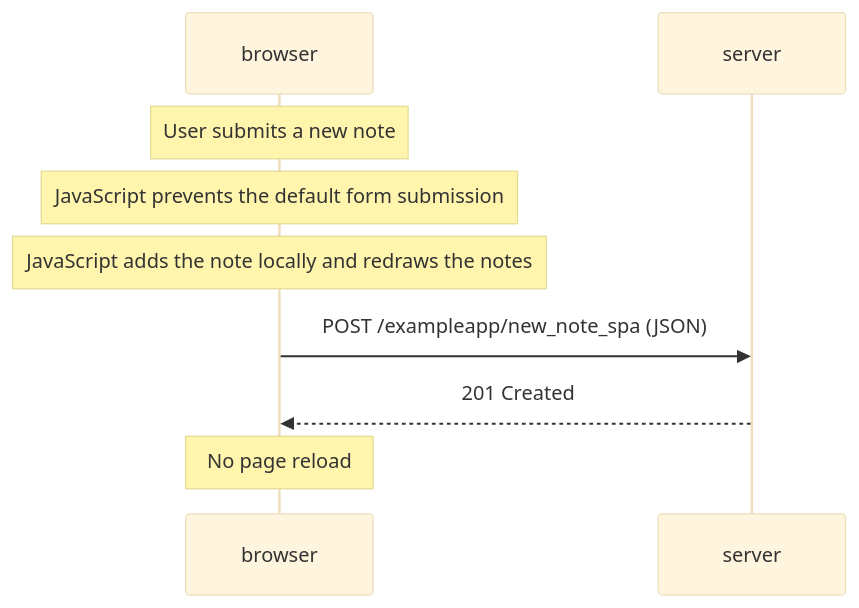
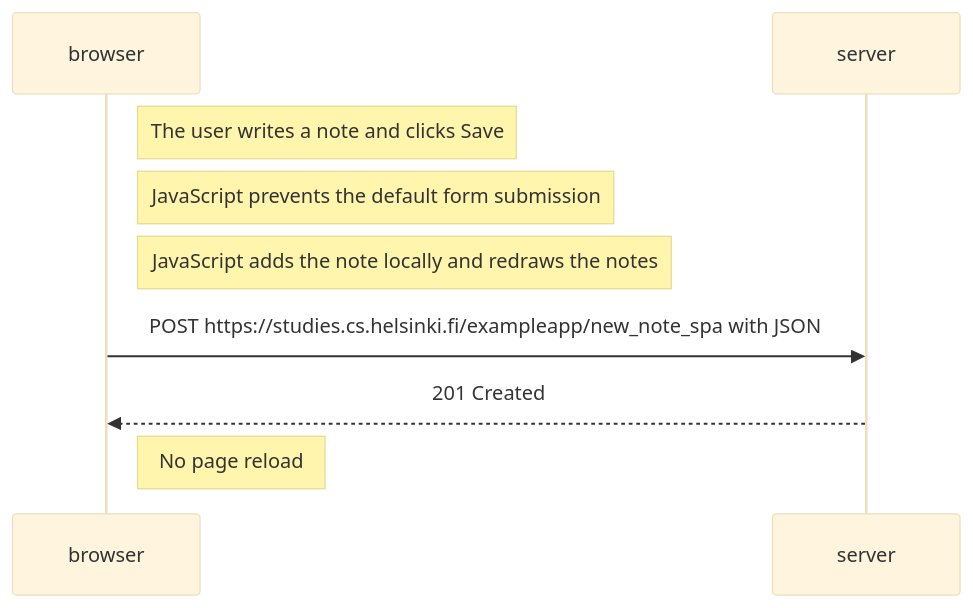
The third of 3 diagrams in part0/README.md (IngaBuniatyan/fullstackopen), drawn with Mermaid (base theme) before and after one commit. The commit also changed other lines of this file and 1 other file, not shown here.

Commit message:
Refine part 0 submission

````diff
--- a/part0/README.md
+++ b/part0/README.md
@@ -44,12 +49,12 @@
 ```mermaid
 sequenceDiagram
     participant browser
     participant server
 
-    Note over browser: User submits a new note
-    Note over browser: JavaScript prevents the default form submission
-    Note over browser: JavaScript adds the note locally and redraws the notes
-    browser->>server: POST /exampleapp/new_note_spa (JSON)
+    Note right of browser: The user writes a note and clicks Save
+    Note right of browser: JavaScript prevents the default form submission
+    Note right of browser: JavaScript adds the note locally and redraws the notes
+    browser->>server: POST https://studies.cs.helsinki.fi/exampleapp/new_note_spa with JSON
     server-->>browser: 201 Created
-    Note over browser: No page reload
+    Note right of browser: No page reload
 ```
````
